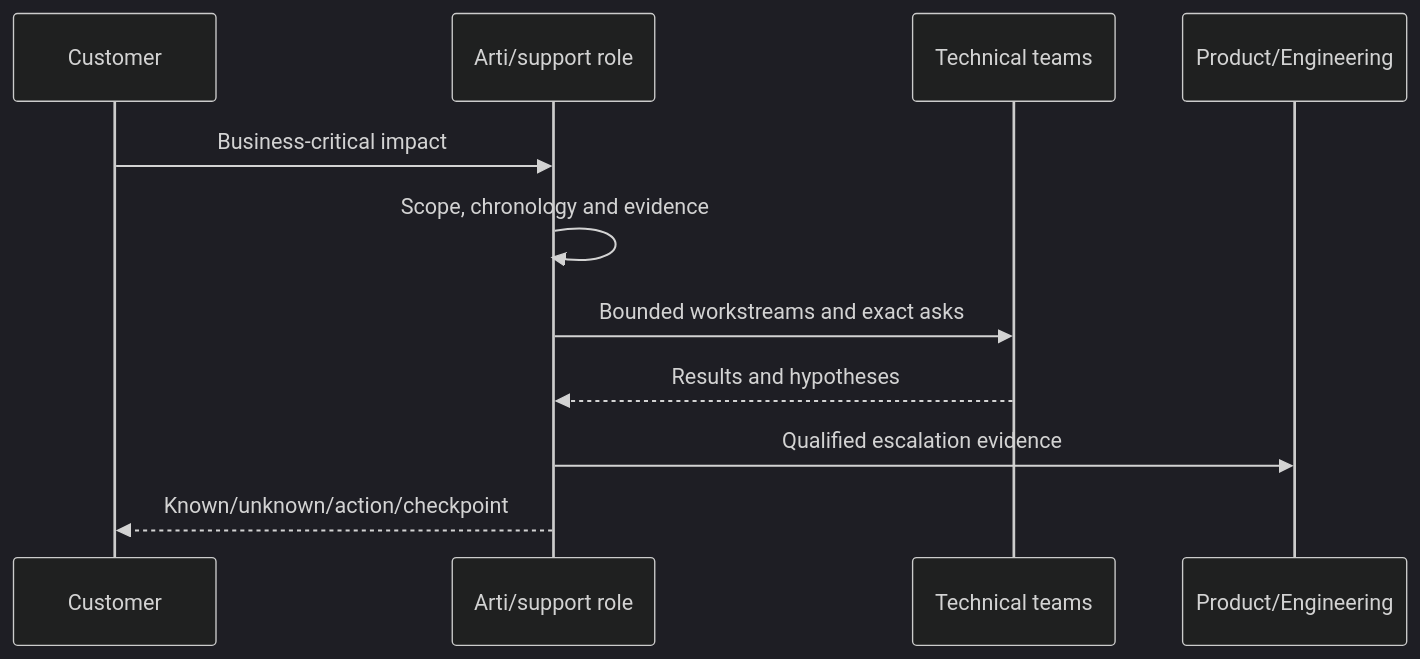
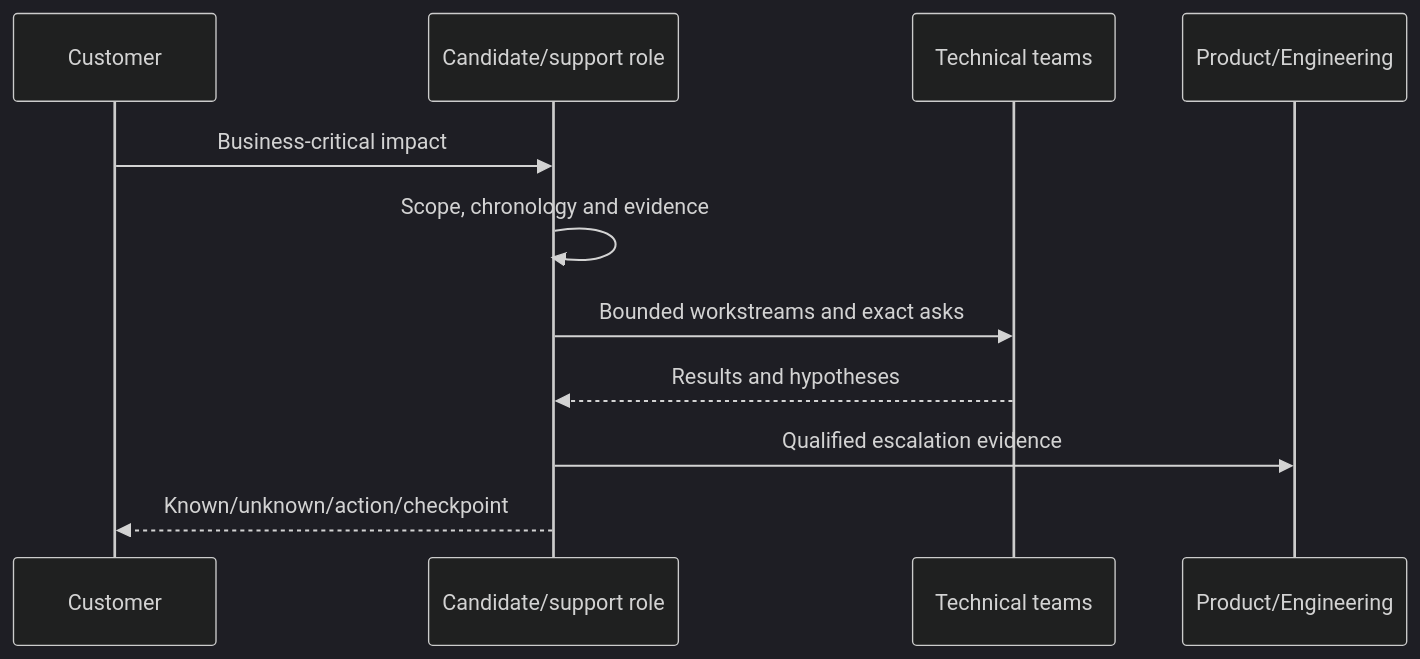
One commit to hichauhan-in/Interview-Prep changed diagram 11 of 32 in NetApp TAM/prep/Part-96-behavioral-leadership-closing.md. Above: the diagram before and after it, drawn with Mermaid (dark theme). The commit also changed other lines of this file and 493 other files, not shown here.

````diff
--- a/NetApp TAM/prep/Part-96-behavioral-leadership-closing.md
+++ b/NetApp TAM/prep/Part-96-behavioral-leadership-closing.md
@@ -311,13 +311,13 @@
 ```mermaid
 sequenceDiagram
     participant C as Customer
-    participant A as Arti/support role
+    participant A as Candidate/support role
     participant T as Technical teams
     participant E as Product/Engineering
     C->>A: Business-critical impact
     A->>A: Scope, chronology and evidence
     A->>T: Bounded workstreams and exact asks
     T-->>A: Results and hypotheses
     A->>E: Qualified escalation evidence
     A-->>C: Known/unknown/action/checkpoint
 ```
````
